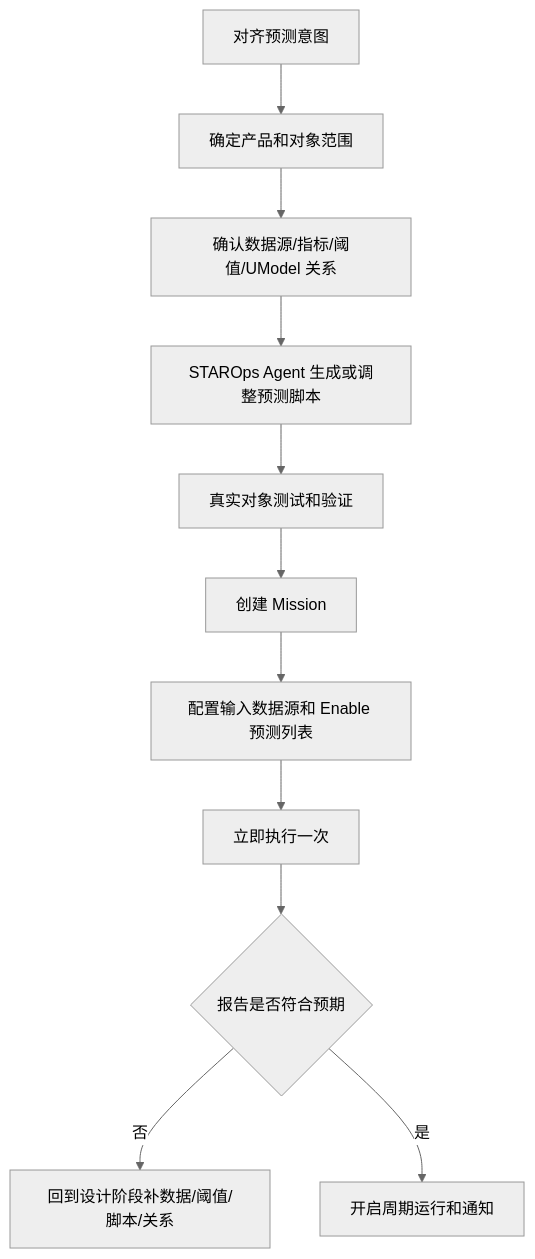
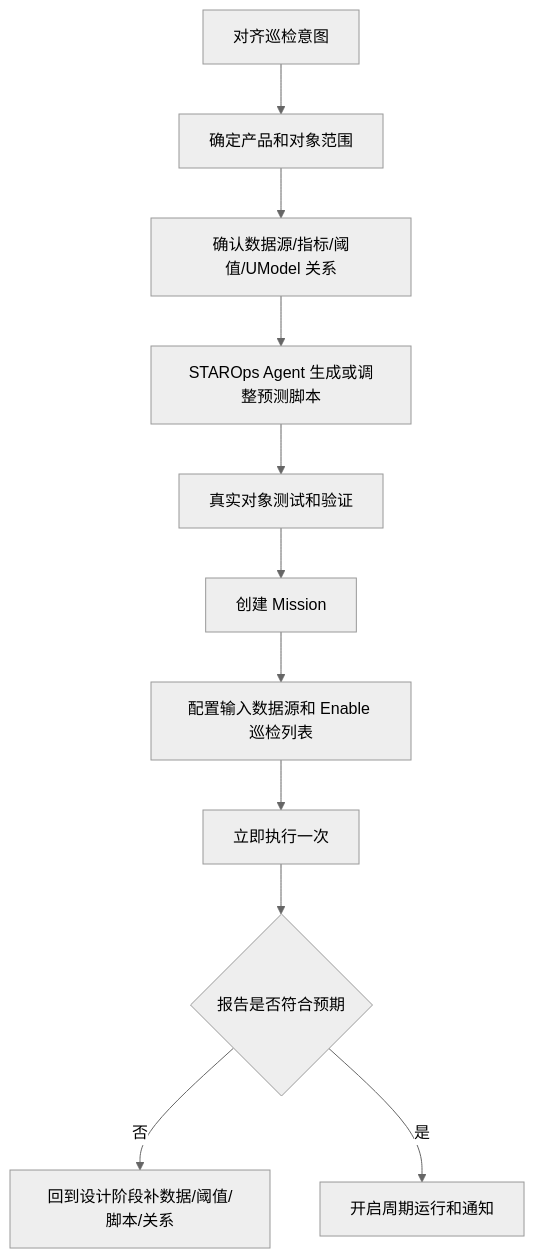
The diagram in src/starops/practices/capacity-risk-prediction/article.md (aliyun-sls/sls-doc), drawn with Mermaid (neutral theme) before and after one commit. The commit also changed other lines of this file and 2 other files, not shown here.

````diff
--- a/src/starops/practices/capacity-risk-prediction/article.md
+++ b/src/starops/practices/capacity-risk-prediction/article.md
@@ -85,13 +85,13 @@
 ```mermaid
 flowchart TD
-  A["对齐预测意图"] --> B["确定产品和对象范围"]
+  A["对齐巡检意图"] --> B["确定产品和对象范围"]
   B --> C["确认数据源/指标/阈值/UModel 关系"]
   C --> D["STAROps Agent 生成或调整预测脚本"]
   D --> E["真实对象测试和验证"]
   E --> F["创建 Mission"]
-  F --> G["配置输入数据源和 Enable 预测列表"]
+  F --> G["配置输入数据源和 Enable 巡检列表"]
   G --> H["立即执行一次"]
   H --> I{"报告是否符合预期"}
   I -->|否| J["回到设计阶段补数据/阈值/脚本/关系"]
   I -->|是| K["开启周期运行和通知"]
 ```
````
